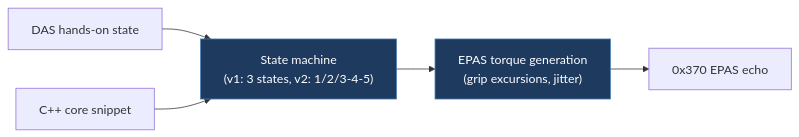
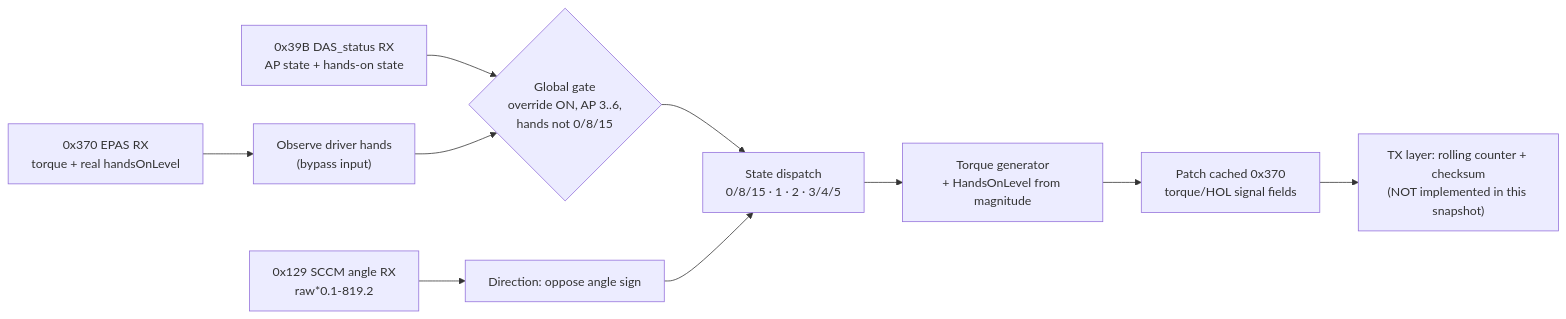
Before and after one commit to babico/TeslaCANModder: the first of 2 diagrams in docs/legacy/linuchoicoegwangsu-soft-nag-bypass.md, drawn with Mermaid. The commit also changed other lines of this file and 99 other files, not shown here.

````diff
--- a/docs/legacy/linuchoicoegwangsu-soft-nag-bypass.md
+++ b/docs/legacy/linuchoicoegwangsu-soft-nag-bypass.md
@@ -24,9 +63,12 @@
 ```mermaid
 flowchart LR
-    DAS["DAS hands-on state"] --> SM["State machine<br/>(v1: 3 states, v2: 1/2/3-4-5)"]
-    SM --> Torque["EPAS torque generation<br/>(grip excursions, jitter)"]
-    Torque --> Echo["0x370 EPAS echo"]
-    Snippet["C++ core snippet"] --> SM
-    classDef path fill:#1e3a5f,stroke:#4a7fb5,color:#fff
-    class SM,Torque path
+    RX["0x39B DAS_status RX<br/>AP state + hands-on state"] --> Gate{"Global gate<br/>override ON, AP 3..6,<br/>hands not 0/8/15"}
+    Angle["0x129 SCCM angle RX<br/>raw*0.1-819.2"] --> Dir["Direction: oppose angle sign"]
+    EPAS["0x370 EPAS RX<br/>torque + real handsOnLevel"] --> Obs["Observe driver hands<br/>(bypass input)"]
+    Obs --> Gate
+    Gate --> SM["State dispatch<br/>0/8/15 · 1 · 2 · 3/4/5"]
+    Dir --> SM
+    SM --> Gen["Torque generator<br/>+ HandsOnLevel from magnitude"]
+    Gen --> Patch["Patch cached 0x370<br/>torque/HOL signal fields"]
+    Patch --> Final["TX layer: rolling counter + checksum<br/>(NOT implemented in this snapshot)"]
 ```
````
